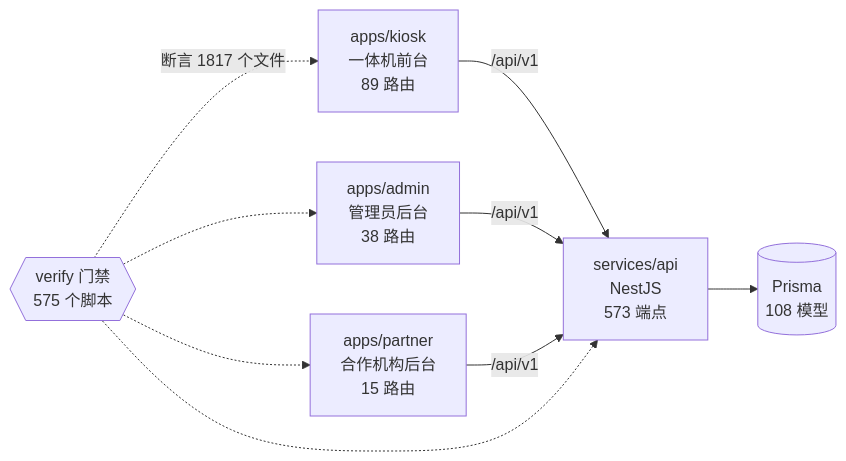
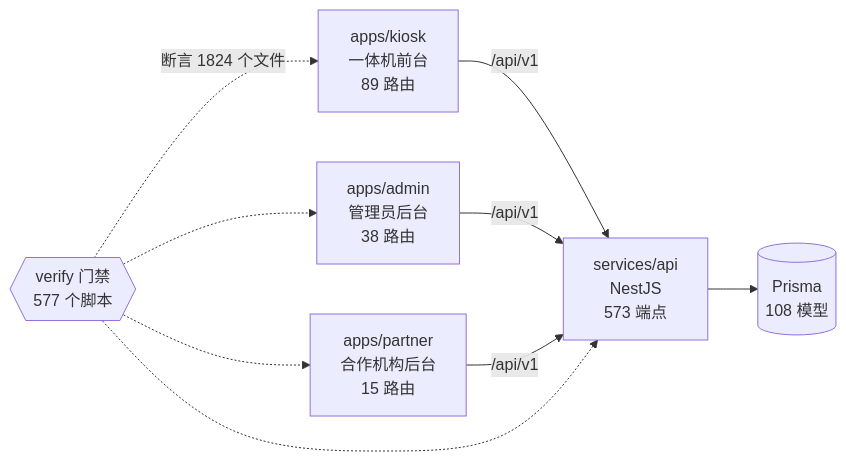
The diagram in docs/graph/README.md (wanglei581/YITIJI), drawn with Mermaid before and after one commit. The commit also changed other lines of this file and 30 other files, not shown here.

Commit message:
fix(api,ui,admin,partner): 状态带不再画打印段；热力图与脉冲加残差保护（不足 5 不写数字、必要时补充隐藏）

````diff
--- a/docs/graph/README.md
+++ b/docs/graph/README.md
@@ -68,18 +68,18 @@
 ```mermaid
 flowchart LR
   kiosk["apps/kiosk<br/>一体机前台<br/>89 路由"]
   admin["apps/admin<br/>管理员后台<br/>38 路由"]
   partner["apps/partner<br/>合作机构后台<br/>15 路由"]
   api["services/api<br/>NestJS<br/>573 端点"]
   db[("Prisma<br/>108 模型")]
-  gates{{"verify 门禁<br/>575 个脚本"}}
+  gates{{"verify 门禁<br/>577 个脚本"}}
 
   kiosk -->|"/api/v1"| api
   admin -->|"/api/v1"| api
   partner -->|"/api/v1"| api
   api --> db
-  gates -.->|"断言 1817 个文件"| kiosk
+  gates -.->|"断言 1824 个文件"| kiosk
   gates -.-> admin
   gates -.-> partner
   gates -.-> api
 ```
````
